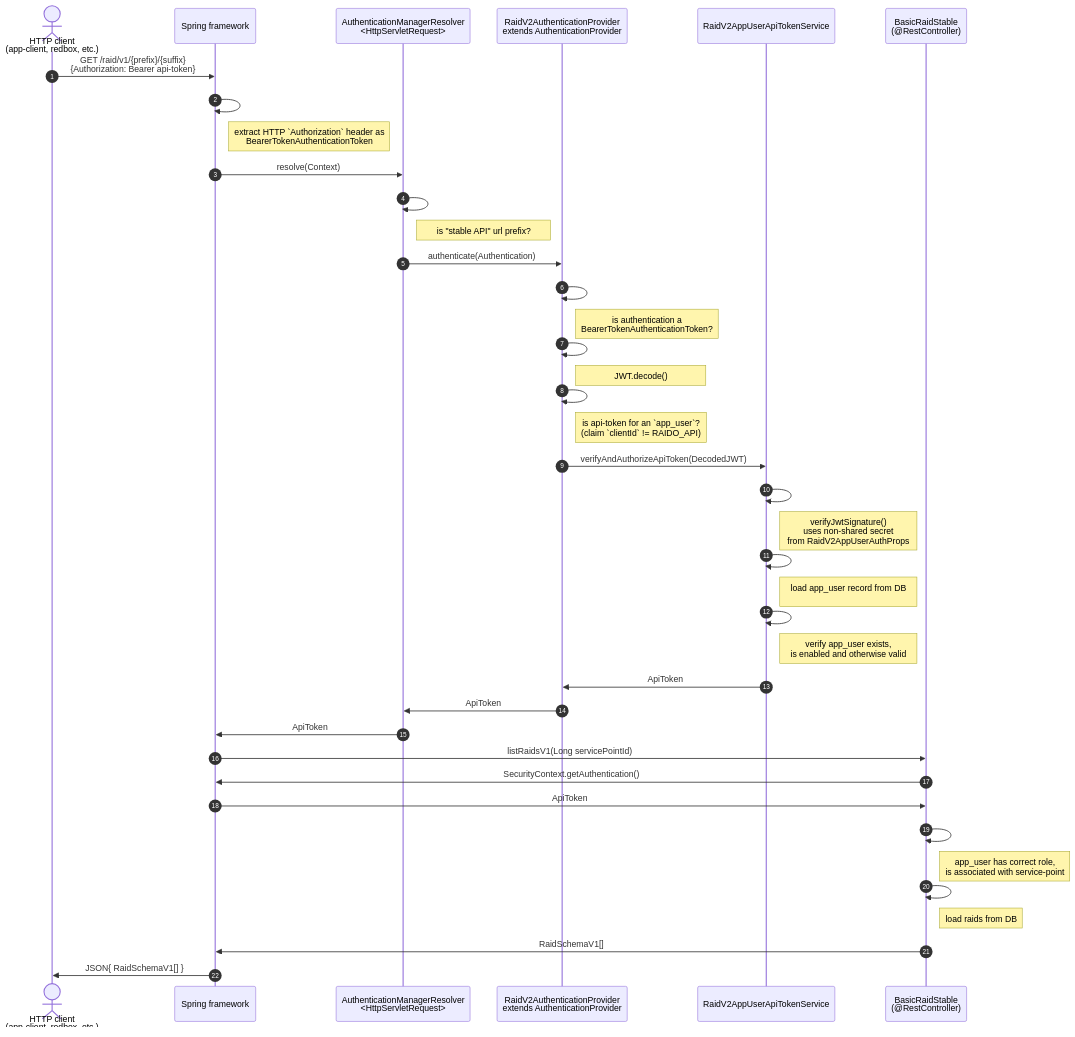
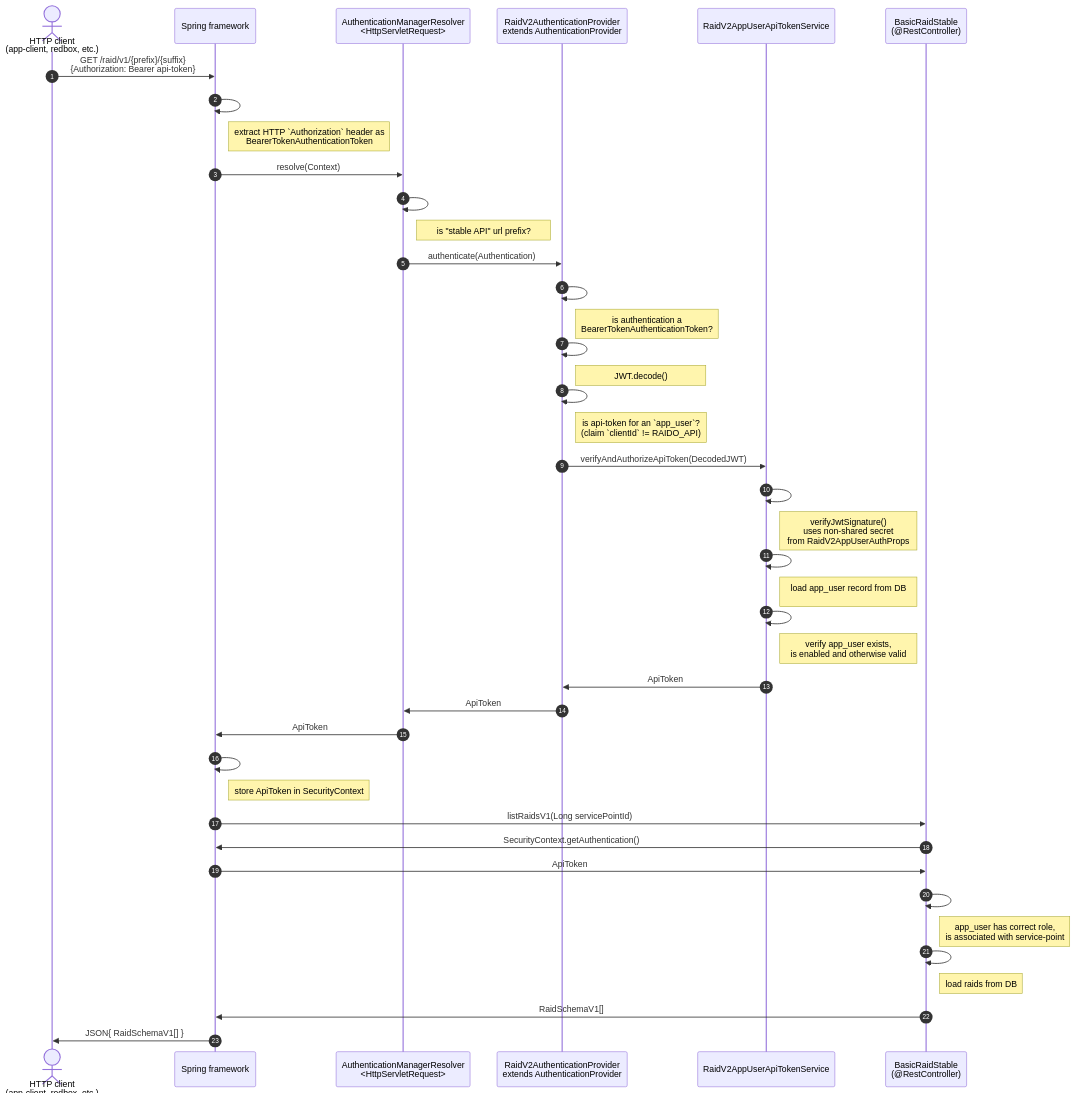
The diagram in doc/security/access-control/authorization/api-token-authorization-flow.md (au-research/raido), drawn with Mermaid before and after one commit.

````diff
--- a/doc/security/access-control/authorization/api-token-authorization-flow.md
+++ b/doc/security/access-control/authorization/api-token-authorization-flow.md
@@ -2,61 +2,64 @@
 ```mermaid
 sequenceDiagram
 autonumber
 actor client as HTTP client<br/>(app-client, redbox, etc.)
 participant spring as Spring framework
 participant resolver as AuthenticationManagerResolver<br/><HttpServletRequest>
 participant provider as RaidV2AuthenticationProvider <br/>extends AuthenticationProvider
 participant apiTokenSvc as RaidV2AppUserApiTokenService
 participant endpoint as BasicRaidStable<br/>(@RestController)
 
   client->>spring: GET /raid/v1/{prefix}/{suffix}<br/>{Authorization: Bearer api-token}
 
 spring->>spring: .
   note right of spring: extract HTTP `Authorization` header as<br/>BearerTokenAuthenticationToken
 spring->>resolver: resolve(Context)
 
 resolver->>resolver: .
   note right of resolver: is "stable API" url prefix?
 resolver->>provider: authenticate(Authentication)
 
 provider->>provider: .
   note right of provider: is authentication a <br/>BearerTokenAuthenticationToken?
 
 provider->>provider: 
   note right of provider: JWT.decode()
 
 provider->>provider: 
   note right of provider: is api-token for an `app_user`?<br/>(claim `clientId` != RAIDO_API)
 
 provider->>apiTokenSvc: verifyAndAuthorizeApiToken(DecodedJWT)
 
 apiTokenSvc->>apiTokenSvc: .
   note right of apiTokenSvc:  verifyJwtSignature()<br/>uses non-shared secret<br/>from RaidV2AppUserAuthProps
   
 apiTokenSvc->>apiTokenSvc: 
   note right of apiTokenSvc: load app_user record from DB<br/>
  
 apiTokenSvc->>apiTokenSvc: 
   note right of apiTokenSvc: verify app_user exists,<br/>is enabled and otherwise valid
  
 apiTokenSvc->>provider: ApiToken
 
 provider->>resolver: ApiToken
 
 resolver->>spring: ApiToken
+
+spring->>spring: .
+  note right of spring: store ApiToken in SecurityContext
   
 spring->>endpoint: listRaidsV1(Long servicePointId)
 
 endpoint->>spring: SecurityContext.getAuthentication()
 spring->>endpoint: ApiToken
 
 endpoint->>endpoint: .
   note right of endpoint: app_user has correct role,<br/>is associated with service-point
 
 endpoint->>endpoint: 
   note right of endpoint: load raids from DB
 
 endpoint->>spring: RaidSchemaV1[]
 
 spring->>client: JSON{ RaidSchemaV1[] }
 ```
````
